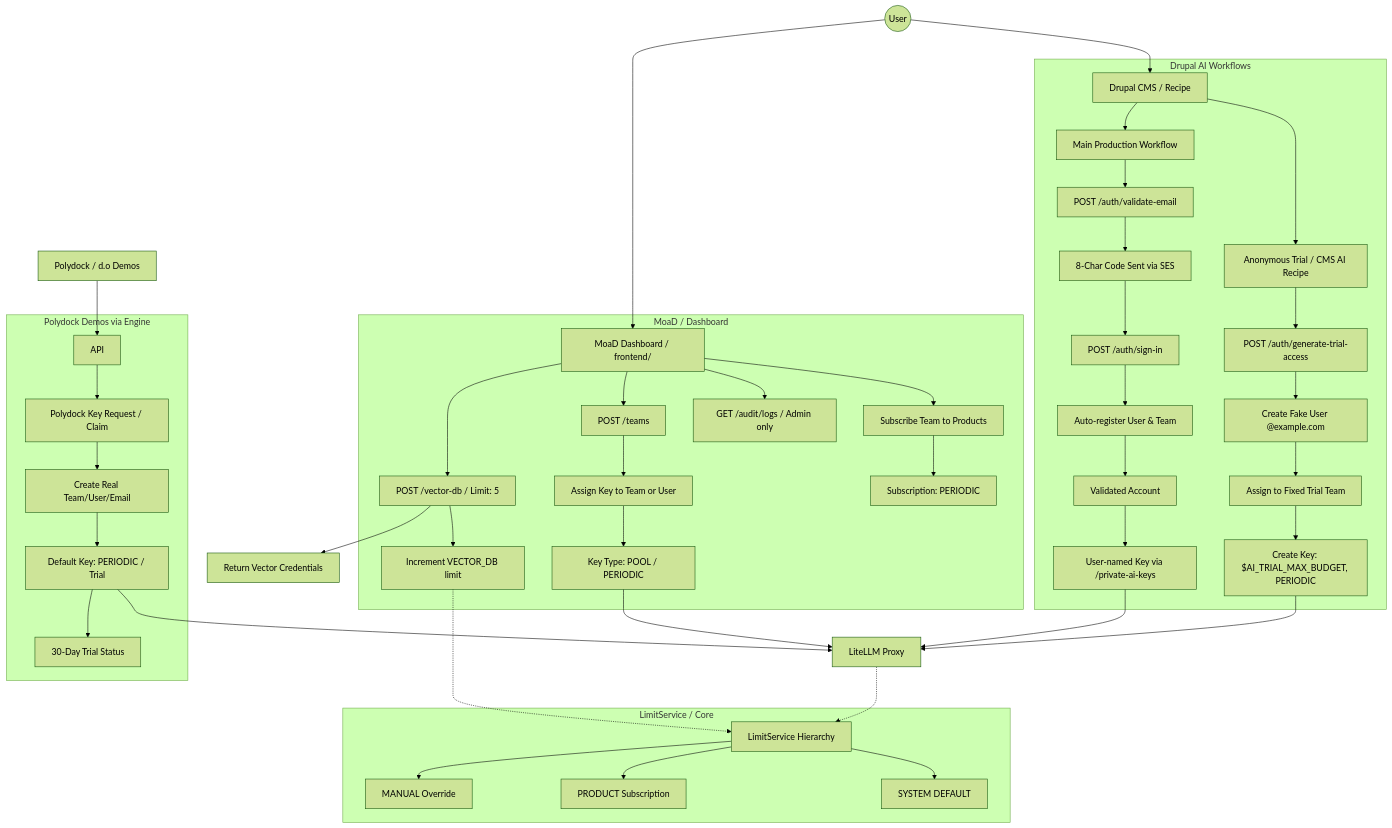
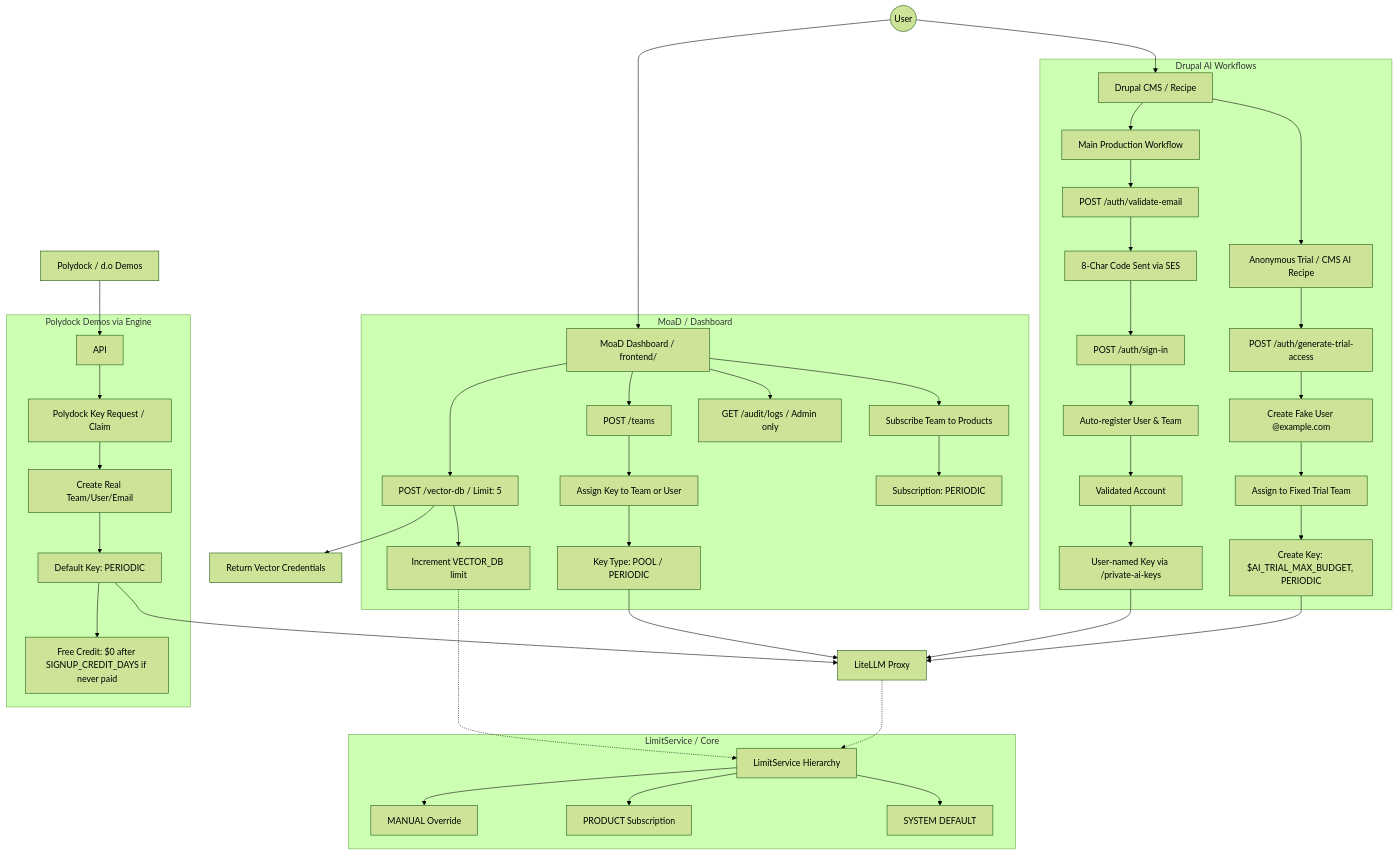
The diagram in docs/diagrams/workflows.md (amazeeio/amazee.ai), drawn with Mermaid (forest theme) before and after one commit. The commit also changed 7 other files, not shown here.

Commit message:
fix(teams): restore cutoff-zeroed keys after SIGNUP_CREDIT_DAYS is raised, and refresh docs

````diff
--- a/docs/diagrams/workflows.md
+++ b/docs/diagrams/workflows.md
@@ -3,67 +3,67 @@
 ```mermaid
 graph TD
     %% Entry Points
     User((User)) --> Drupal[Drupal CMS / Recipe]
     User --> Dashboard[MoaD Dashboard / frontend/]
     Polydock[Polydock / d.o Demos] --> API
 
     %% Drupal Workflows
     subgraph Drupal_Workflows [Drupal AI Workflows]
         Drupal --> Trial[Anonymous Trial / CMS AI Recipe]
         Drupal --> MainProd[Main Production Workflow]
         
         Trial --> GenTrialAPI[POST /auth/generate-trial-access]
         GenTrialAPI --> TrialUser[Create Fake User @example.com]
         TrialUser --> TrialTeam[Assign to Fixed Trial Team]
         TrialTeam --> TrialKey[Create Key: $AI_TRIAL_MAX_BUDGET, PERIODIC]
         
         MainProd --> EmailVal[POST /auth/validate-email]
         EmailVal --> CodeSent[8-Char Code Sent via SES]
         CodeSent --> SignIn[POST /auth/sign-in]
         SignIn --> AutoReg[Auto-register User & Team]
         AutoReg --> LinkedAccount[Validated Account]
         LinkedAccount --> CustomKey[User-named Key via /private-ai-keys]
     end
 
     %% Polydock Workflow
     subgraph Polydock_Workflow [Polydock Demos via Engine]
         API --> PolyReq[Polydock Key Request / Claim]
         PolyReq --> RealEntity[Create Real Team/User/Email]
-        RealEntity --> DefaultKey[Default Key: PERIODIC / Trial]
-        DefaultKey --> LifeSpan[30-Day Trial Status]
+        RealEntity --> DefaultKey[Default Key: PERIODIC]
+        DefaultKey --> LifeSpan[Free Credit: $0 after SIGNUP_CREDIT_DAYS if never paid]
     end
 
     %% MoaD Dashboard
     subgraph Dashboard_Operations [MoaD / Dashboard]
         Dashboard --> ManCreate[POST /teams]
         Dashboard --> Subscribe[Subscribe Team to Products]
         Dashboard --> ViewAudit[GET /audit/logs / Admin only]
         Dashboard --> CreateVector[POST /vector-db / Limit: 5]
         ManCreate --> AssignKey[Assign Key to Team or User]
         AssignKey --> PoolKey[Key Type: POOL / PERIODIC]
         Subscribe --> SubscriptionLogic[Subscription: PERIODIC]
         CreateVector --> VectorEnforce[Increment VECTOR_DB limit]
     end
 
     %% Core Data
     TrialKey --> LiteLLM[LiteLLM Proxy]
     CustomKey --> LiteLLM
     DefaultKey --> LiteLLM
     PoolKey --> LiteLLM
     CreateVector --> VectorCreds[Return Vector Credentials]
 
     %% Limits & Defaults
     subgraph Limits_Enforcement [LimitService / Core]
         LimitCheck[LimitService Hierarchy]
         ManualLimit[MANUAL Override]
         ProductLimit[PRODUCT Subscription]
         DefaultLimit[SYSTEM DEFAULT]
         
         LimitCheck --> ManualLimit
         LimitCheck --> ProductLimit
         LimitCheck --> DefaultLimit
     end
 
     LiteLLM -.-> LimitCheck
     VectorEnforce -.-> LimitCheck
 ```
````
